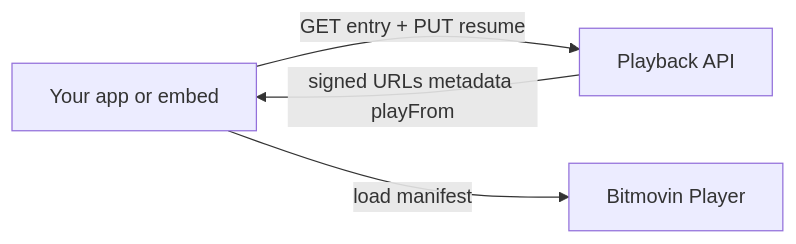
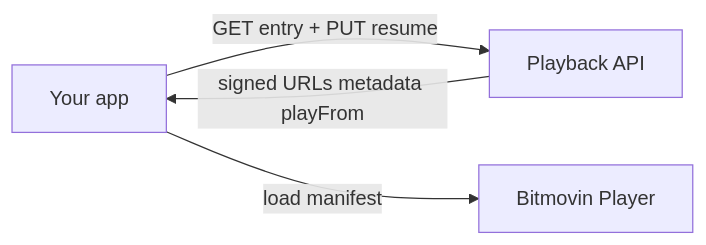
The diagram in docs/Player-Integrations.md (StreamAMG/playback-documentation-portal), drawn with Mermaid before and after one commit. The commit also changed other lines of this file and 7 other files, not shown here.

````diff
--- a/docs/Player-Integrations.md
+++ b/docs/Player-Integrations.md
@@ -11,9 +11,9 @@
 ```mermaid
 flowchart LR
-  App[Your app or embed]
+  App[Your app]
   API[Playback API]
   BM[Bitmovin Player]
   App -->|GET entry + PUT resume| API
   App -->|load manifest| BM
   API -->|signed URLs metadata playFrom| App
 ```
````
